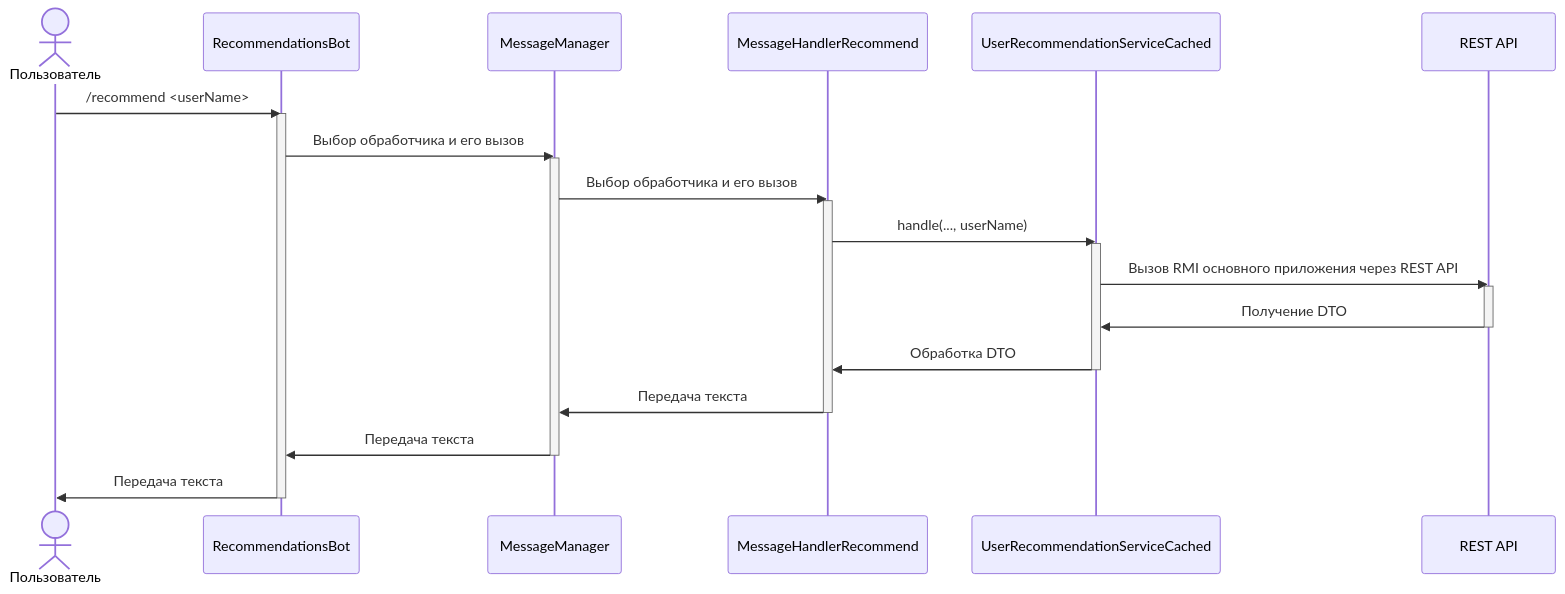
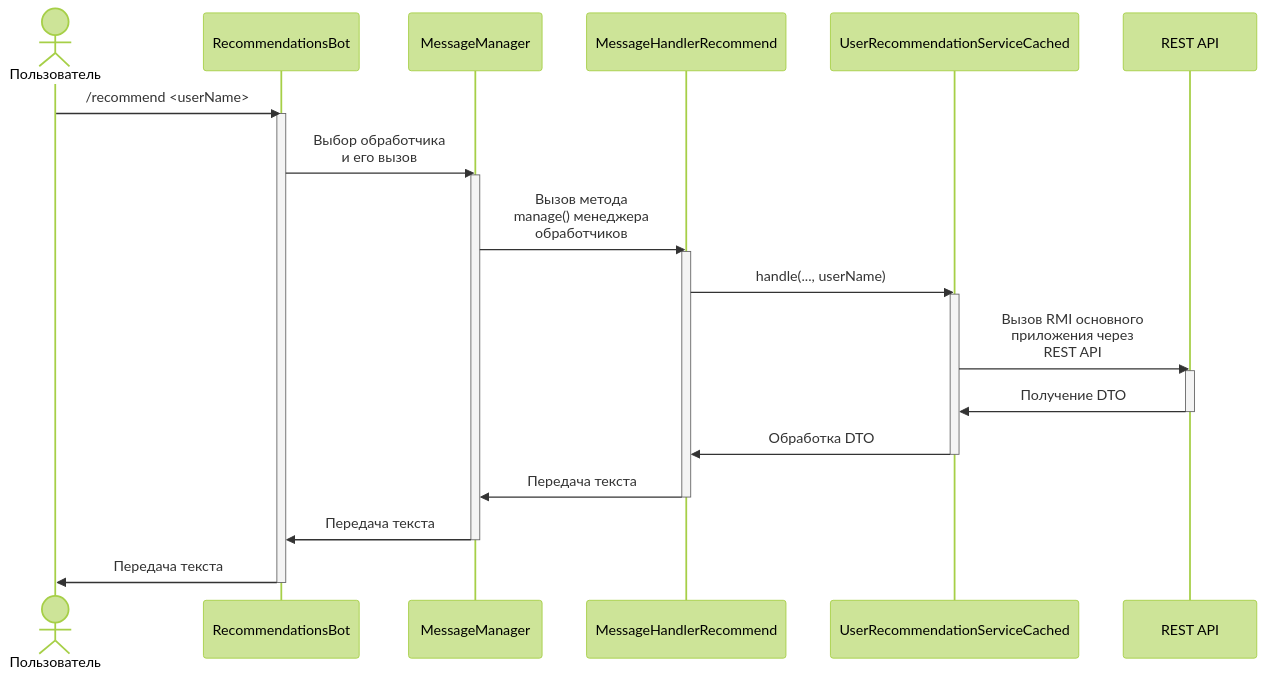
One commit to taker1974/tk-recommendations-app changed the diagram in tk-recommendations-bot/tk-recommendations-bot-activity.mmd. Above: the diagram before and after it, drawn with Mermaid. The commit also changed 1 other file, not shown here.

Commit message:
doc: всё в mermaid в процессе #52 всё равно так себе получаются диаграммы классов

```diff
--- a/tk-recommendations-bot/tk-recommendations-bot-activity.mmd
+++ b/tk-recommendations-bot/tk-recommendations-bot-activity.mmd
@@ -1,39 +1,40 @@
 %% Диаграмма последовательности выполнения основного запроса
+%%{init: {'theme': 'forest'}}%%
 sequenceDiagram
     actor User as Пользователь
     
     participant Bot as RecommendationsBot
     participant Manager as MessageManager
     participant Handler as MessageHandlerRecommend
     participant ApiService as UserRecommendationServiceCached
     participant ApiReal as REST API
 
     User->>Bot: /recommend <userName>
     activate Bot
 
-    Bot->>Manager: Выбор обработчика и его вызов
+    Bot->>Manager: Выбор обработчика<br> и его вызов
     activate Manager
 
-    Manager->>Handler: Выбор обработчика и его вызов
+    Manager->>Handler: Вызов метода<br> manage() менеджера<br> обработчиков
     activate Handler
 
     Handler->>ApiService: handle(..., userName)
     activate ApiService
 
-    ApiService->>ApiReal: Вызов RMI основного приложения через REST API
+    ApiService->>ApiReal: Вызов RMI основного<br> приложения через<br> REST API
     activate ApiReal
 
     ApiReal->>ApiService: Получение DTO
     deactivate ApiReal
 
     ApiService->>Handler: Обработка DTO
     deactivate ApiService
 
     Handler->>Manager: Передача текста
     deactivate Handler
 
     Manager->>Bot: Передача текста
     deactivate Manager
 
     Bot->>User: Передача текста
     deactivate Bot
```
